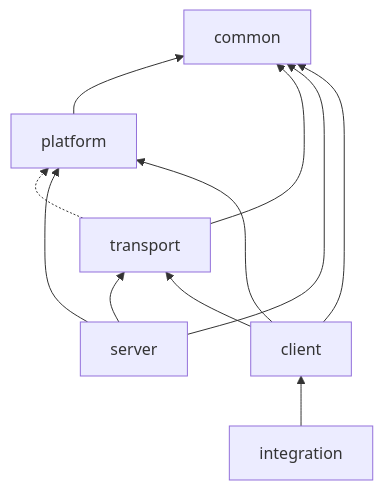
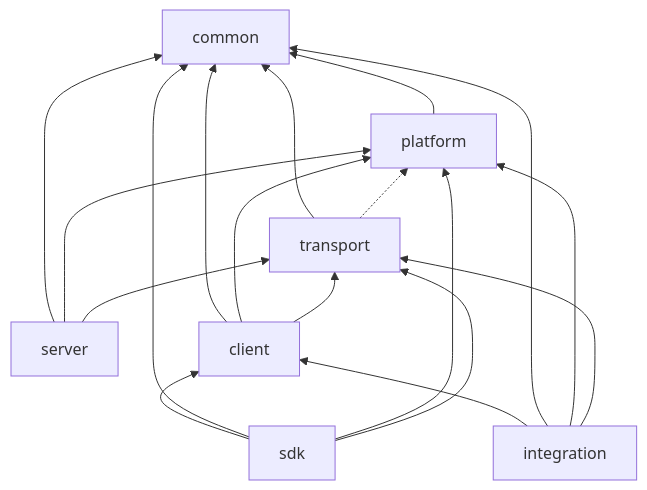
Before and after one commit to LMCache/LMCache: the diagram in docs/design/MODULE_DEPENDENCIES.md, drawn with Mermaid. The commit also changed other lines of this file and 19 other files, not shown here.

Commit message:
[Refactor] Separate SDK and vLLM integration dependencies

````diff
--- a/docs/design/MODULE_DEPENDENCIES.md
+++ b/docs/design/MODULE_DEPENDENCIES.md
@@ -9,13 +10,20 @@
 ```mermaid
 flowchart BT
     platform --> common
     transport --> common
     transport -.-> platform
     server --> common
     server --> platform
     server --> transport
     client --> common
     client --> platform
     client --> transport
+    sdk --> client
+    sdk --> common
+    sdk --> platform
+    sdk --> transport
     integration --> client
+    integration --> common
+    integration --> platform
+    integration --> transport
 ```
````
